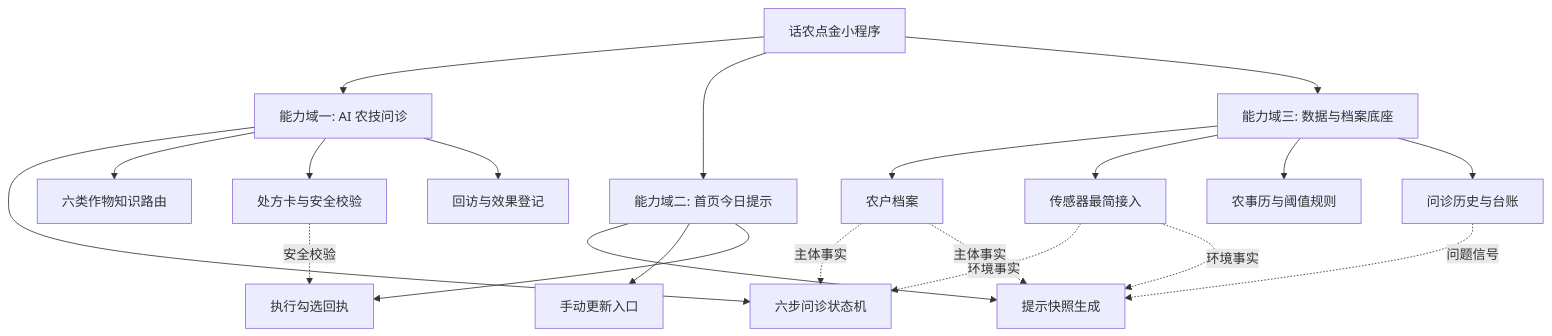
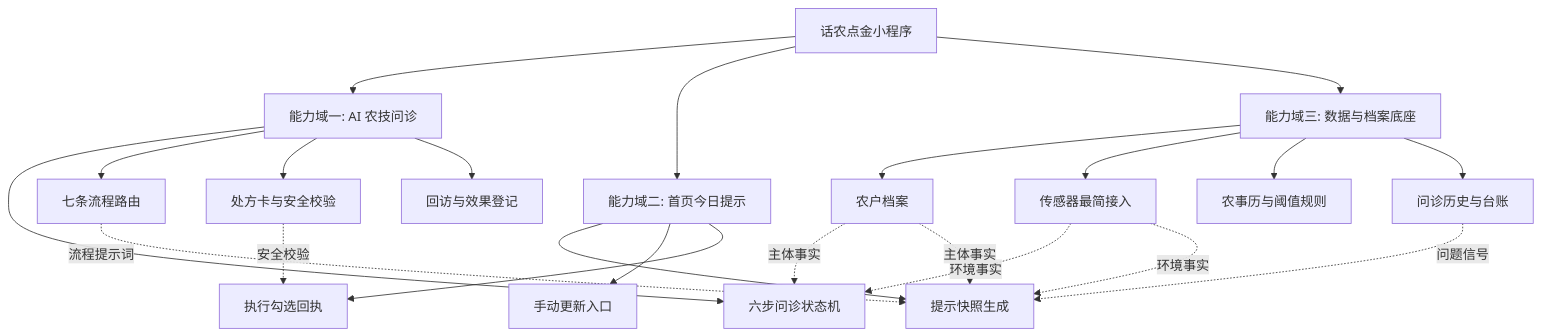
Before and after one commit to AI123-cmd/agriculuture-agent: the second of 6 diagrams in docs/话农点金_产品说明书_v2.0.md, drawn with Mermaid. The commit also changed other lines of this file and 8 other files, not shown here.

````diff
--- a/docs/话农点金_产品说明书_v2.0.md
+++ b/docs/话农点金_产品说明书_v2.0.md
@@ -191,28 +217,29 @@
 ```mermaid
 flowchart TB
     P[话农点金小程序]
     P --> D1[能力域一: AI 农技问诊]
     P --> D2[能力域二: 首页今日提示]
     P --> D3[能力域三: 数据与档案底座]
 
     D1 --> D1a[六步问诊状态机]
-    D1 --> D1b[六类作物知识路由]
+    D1 --> D1b[七条流程路由]
     D1 --> D1c[处方卡与安全校验]
     D1 --> D1d[回访与效果登记]
 
     D2 --> D2a[提示快照生成]
     D2 --> D2b[手动更新入口]
     D2 --> D2c[执行勾选回执]
 
     D3 --> D3a[农户档案]
     D3 --> D3b[传感器最简接入]
     D3 --> D3c[农事历与阈值规则]
     D3 --> D3d[问诊历史与台账]
 
+    D1b -.流程提示词.-> D2a
     D1c -.安全校验.-> D2c
     D3b -.环境事实.-> D1a
     D3b -.环境事实.-> D2a
     D3a -.主体事实.-> D1a
     D3a -.主体事实.-> D2a
     D3d -.问题信号.-> D2a
 ```
````
